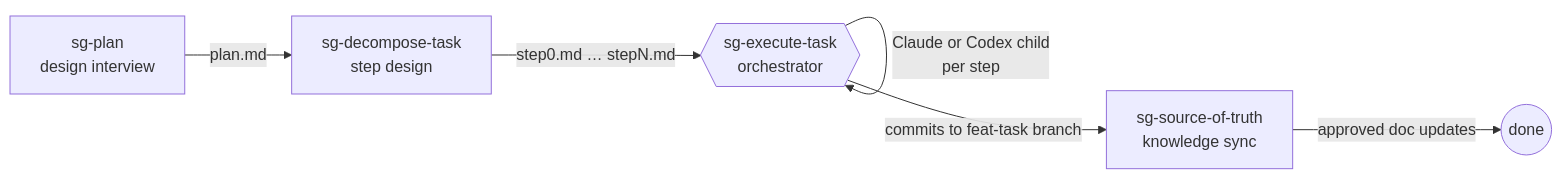
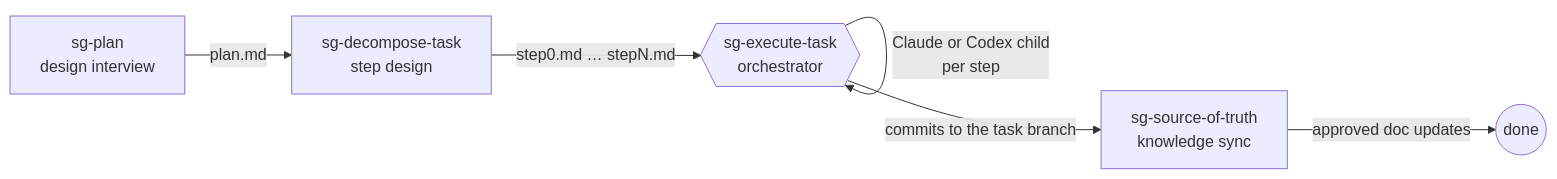
One commit to han0001/sg-harness changed the diagram in README.md. Above: the diagram before and after it, drawn with Mermaid. The commit also changed other lines of this file and 7 other files, not shown here.

First line of the commit message:
feat: configurable task branch via per-task index `branch` (#9)

````diff
--- a/README.md
+++ b/README.md
@@ -12,8 +12,8 @@
 ```mermaid
 flowchart LR
     A["sg-plan<br/>design interview"] -->|plan.md| B["sg-decompose-task<br/>step design"]
     B -->|"step0.md … stepN.md"| C{{"sg-execute-task<br/>orchestrator"}}
     C -->|"Claude or Codex child<br/>per step"| C
-    C -->|"commits to feat-task branch"| D["sg-source-of-truth<br/>knowledge sync"]
+    C -->|"commits to the task branch"| D["sg-source-of-truth<br/>knowledge sync"]
     D -->|"approved doc updates"| E(("done"))
 ```
````
